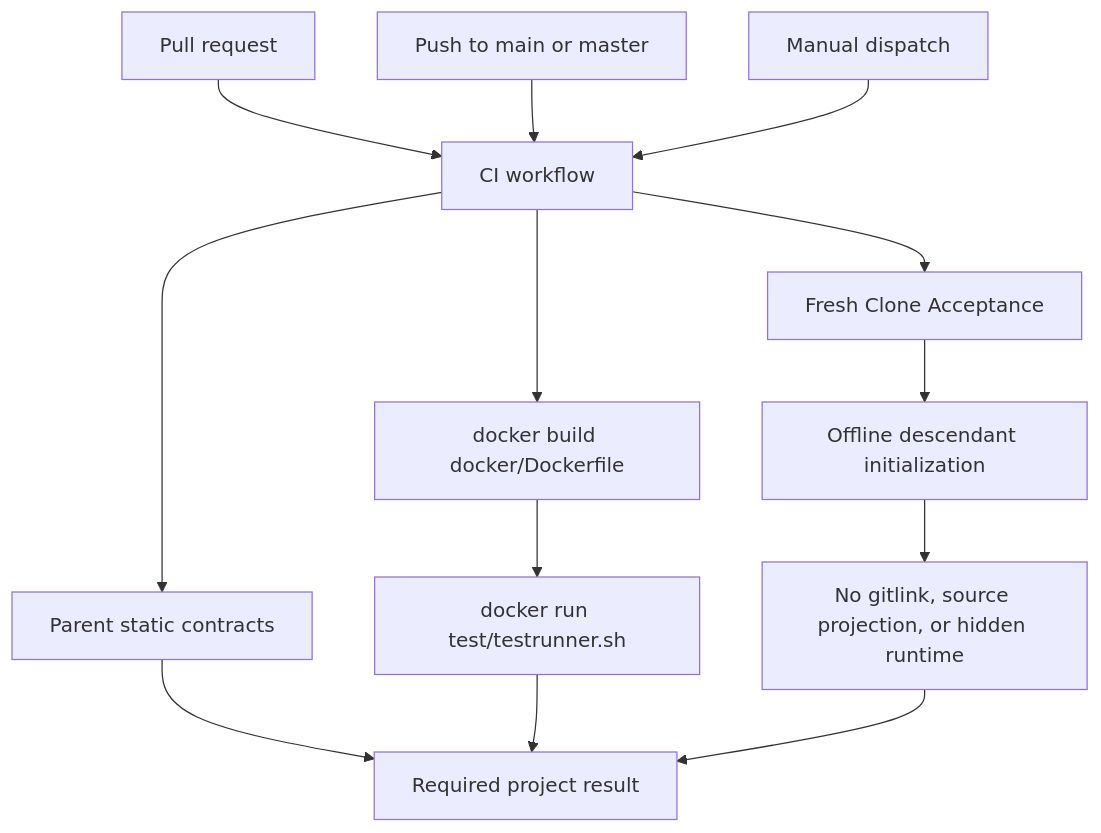
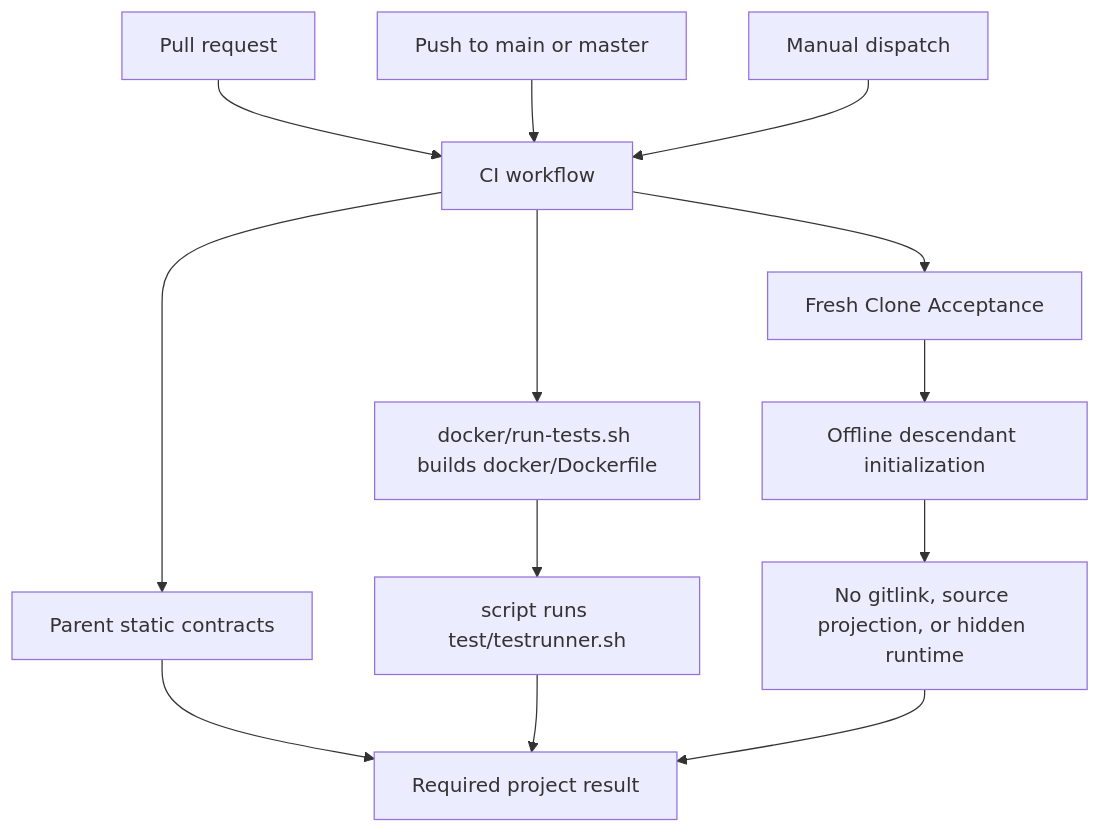
One commit to iwashita-nozomu/project_template changed the diagram in documents/design/github-actions.md. Above: the diagram before and after it, drawn with Mermaid. The commit also changed other lines of this file and 63 other files, not shown here.

````diff
--- a/documents/design/github-actions.md
+++ b/documents/design/github-actions.md
@@ -24,15 +24,15 @@
 ```mermaid
 flowchart TD
   pr[Pull request] --> ci[CI workflow]
   push[Push to main or master] --> ci
   manual[Manual dispatch] --> ci
   ci --> static[Parent static contracts]
-  ci --> build[docker build docker/Dockerfile]
-  build --> run[docker run test/testrunner.sh]
+  ci --> build[docker/run-tests.sh builds docker/Dockerfile]
+  build --> run[script runs test/testrunner.sh]
   ci --> fresh[Fresh Clone Acceptance]
   fresh --> init[Offline descendant initialization]
   init --> boundary[No gitlink, source projection, or hidden runtime]
   static --> result[Required project result]
   run --> result
   boundary --> result
 ```
````
